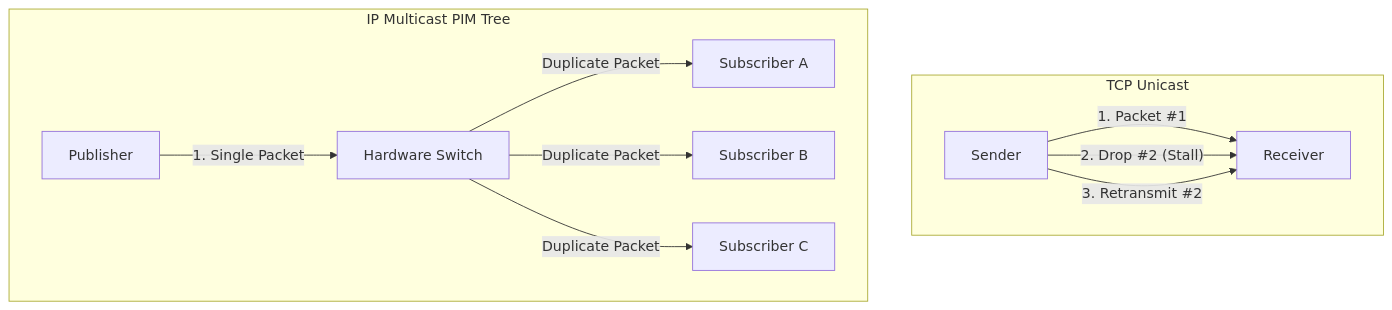
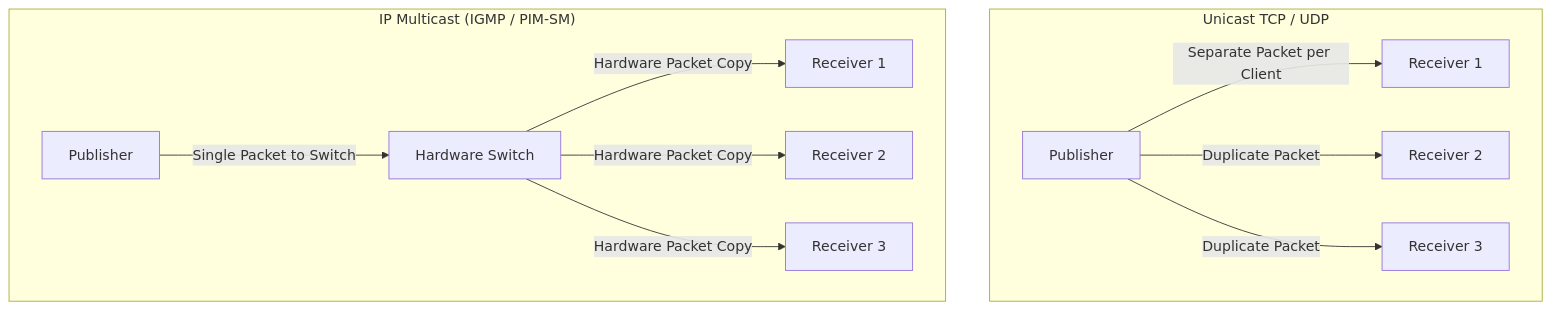
One commit to AndreaPallotta/subroutine changed the diagram in src/content/articles/tcp-udp-multicast-networking.mdx. Above: the diagram before and after it, drawn with Mermaid. The commit also changed 6 other files, not shown here.

Commit message:
Fixed mermaid graph in ntp article

````diff
--- a/src/content/articles/tcp-udp-multicast-networking.mdx
+++ b/src/content/articles/tcp-udp-multicast-networking.mdx
@@ -43,15 +43,15 @@
 ```mermaid
 graph TD
-    subgraph TCP Unicast
-    A1[Sender] -- 1. Packet #1 --> B1[Receiver]
-    A1 -- 2. Drop #2 (Stall) --> B1
-    A1 -- 3. Retransmit #2 --> B1
+    subgraph Unicast["Unicast TCP / UDP"]
+    PUB1["Publisher"] -->|"Separate Packet per Client"| R1["Receiver 1"]
+    PUB1 -->|"Duplicate Packet"| R2["Receiver 2"]
+    PUB1 -->|"Duplicate Packet"| R3["Receiver 3"]
     end
 
-    subgraph IP Multicast PIM Tree
-    P1[Publisher] -- 1. Single Packet --> SW[Hardware Switch]
-    SW -- Duplicate Packet --> R1[Subscriber A]
-    SW -- Duplicate Packet --> R2[Subscriber B]
-    SW -- Duplicate Packet --> R3[Subscriber C]
+    subgraph Multicast["IP Multicast (IGMP / PIM-SM)"]
+    PUB2["Publisher"] -->|"Single Packet to Switch"| SW["Hardware Switch"]
+    SW -->|"Hardware Packet Copy"| R4["Receiver 1"]
+    SW -->|"Hardware Packet Copy"| R5["Receiver 2"]
+    SW -->|"Hardware Packet Copy"| R6["Receiver 3"]
     end
 ```
````
